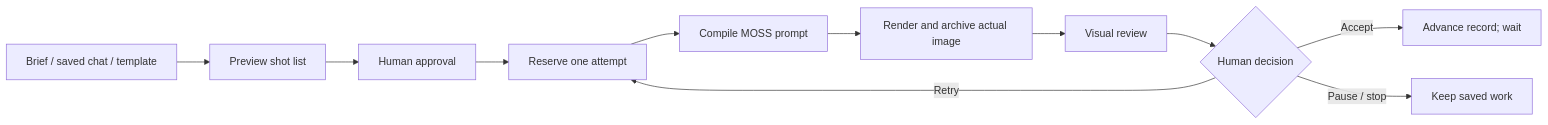
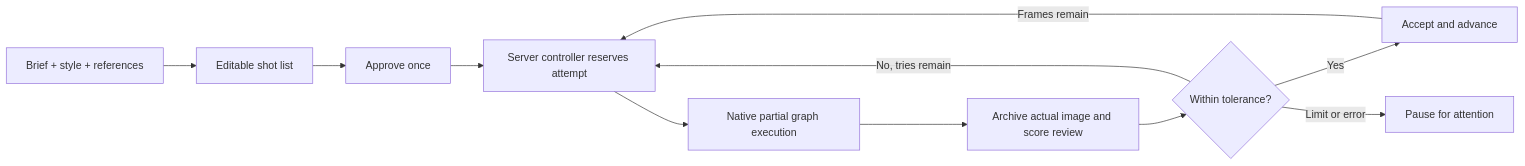
The diagram in docs/FOUNDRY_EXPERIMENT.md (Renz1998/ComfyUI-Prompt-Mage), drawn with Mermaid before and after one commit. The commit also changed other lines of this file and 23 other files, not shown here.

Commit message:
Run Foundry sequences automatically with tolerance and image-reference gallery

````diff
--- a/docs/FOUNDRY_EXPERIMENT.md
+++ b/docs/FOUNDRY_EXPERIMENT.md
@@ -41,13 +53,13 @@
 ```mermaid
 flowchart LR
-    A[Brief / saved chat / template] --> B[Preview shot list]
-    B --> C[Human approval]
-    C --> D[Reserve one attempt]
-    D --> E[Compile MOSS prompt]
-    E --> F[Render and archive actual image]
-    F --> G[Visual review]
-    G --> H{Human decision}
-    H -->|Accept| I[Advance record; wait]
-    H -->|Retry| D
-    H -->|Pause / stop| J[Keep saved work]
+    A[Brief + style + references] --> B[Editable shot list]
+    B --> C[Approve once]
+    C --> D[Server controller reserves attempt]
+    D --> E[Native partial graph execution]
+    E --> F[Archive actual image and score review]
+    F --> G{Within tolerance?}
+    G -->|Yes| H[Accept and advance]
+    H -->|Frames remain| D
+    G -->|No, tries remain| D
+    G -->|Limit or error| I[Pause for attention]
 ```
````
